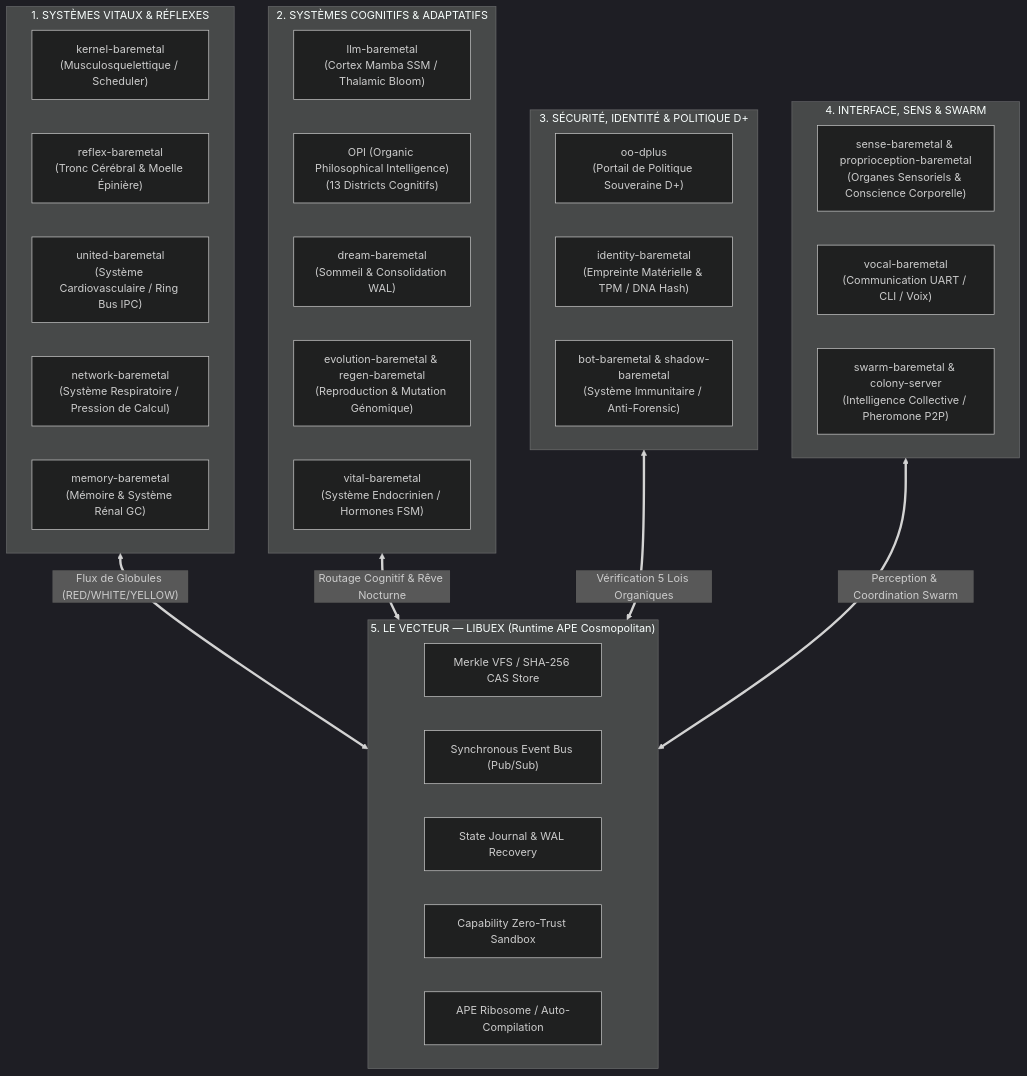
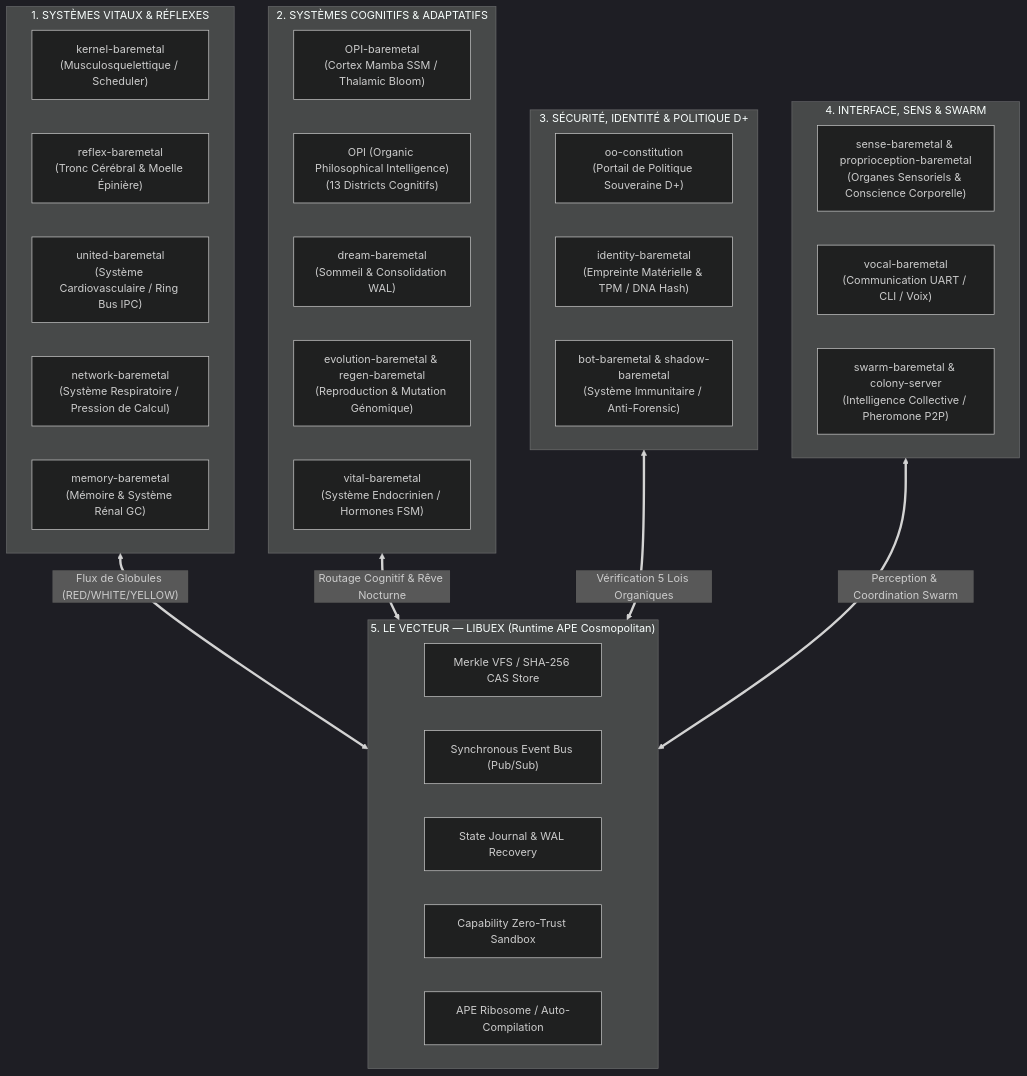
The diagram in ORGANISME_SOUVERAIN_SPEC.md (DjibyDiop/Operating-Organism), drawn with Mermaid (dark theme) before and after one commit. The commit also changed other lines of this file and 142 other files, not shown here.

````diff
--- a/ORGANISME_SOUVERAIN_SPEC.md
+++ b/ORGANISME_SOUVERAIN_SPEC.md
@@ -10,43 +10,43 @@
 ```mermaid
 graph TB
     subgraph SYSTEME_VITAL ["1. SYSTÈMES VITAUX & RÉFLEXES"]
         KERNEL["kernel-baremetal<br/>(Musculosquelettique / Scheduler)"]
         REFLEX["reflex-baremetal<br/>(Tronc Cérébral & Moelle Épinière)"]
         UNITED["united-baremetal<br/>(Système Cardiovasculaire / Ring Bus IPC)"]
         NETWORK["network-baremetal<br/>(Système Respiratoire / Pression de Calcul)"]
         MEMORY["memory-baremetal<br/>(Mémoire & Système Rénal GC)"]
     end
 
     subgraph SYSTEME_COGNITIF ["2. SYSTÈMES COGNITIFS & ADAPTATIFS"]
-        LLM["llm-baremetal<br/>(Cortex Mamba SSM / Thalamic Bloom)"]
+        LLM["OPI-baremetal<br/>(Cortex Mamba SSM / Thalamic Bloom)"]
         OPI["OPI (Organic Philosophical Intelligence)<br/>(13 Districts Cognitifs)"]
         DREAM["dream-baremetal<br/>(Sommeil & Consolidation WAL)"]
         EVOLUTION["evolution-baremetal & regen-baremetal<br/>(Reproduction & Mutation Génomique)"]
         VITAL["vital-baremetal<br/>(Système Endocrinien / Hormones FSM)"]
     end
 
     subgraph SYSTEME_IMMUNITAIRE ["3. SÉCURITÉ, IDENTITÉ & POLITIQUE D+"]
-        DPLUS["oo-dplus<br/>(Portail de Politique Souveraine D+)"]
+        DPLUS["oo-constitution<br/>(Portail de Politique Souveraine D+)"]
         IDENTITY["identity-baremetal<br/>(Empreinte Matérielle & TPM / DNA Hash)"]
         BOT["bot-baremetal & shadow-baremetal<br/>(Système Immunitaire / Anti-Forensic)"]
     end
 
     subgraph SYSTEME_INTERFACE ["4. INTERFACE, SENS & SWARM"]
         SENSE["sense-baremetal & proprioception-baremetal<br/>(Organes Sensoriels & Conscience Corporelle)"]
         VOCAL["vocal-baremetal<br/>(Communication UART / CLI / Voix)"]
         SWARM["swarm-baremetal & colony-server<br/>(Intelligence Collective / Pheromone P2P)"]
     end
 
     subgraph VECTEUR_UNIVERSEL ["5. LE VECTEUR — LIBUEX (Runtime APE Cosmopolitan)"]
         CAS["Merkle VFS / SHA-256 CAS Store"]
         BUS["Synchronous Event Bus (Pub/Sub)"]
         WAL["State Journal & WAL Recovery"]
         CAP["Capability Zero-Trust Sandbox"]
         RIBOSOME["APE Ribosome / Auto-Compilation"]
     end
 
     SYSTEME_VITAL <== "Flux de Globules (RED/WHITE/YELLOW)" ==> VECTEUR_UNIVERSEL
     SYSTEME_COGNITIF <== "Routage Cognitif & Rêve Nocturne" ==> VECTEUR_UNIVERSEL
     SYSTEME_IMMUNITAIRE <== "Vérification 5 Lois Organiques" ==> VECTEUR_UNIVERSEL
     SYSTEME_INTERFACE <== "Perception & Coordination Swarm" ==> VECTEUR_UNIVERSEL
 ```
````
